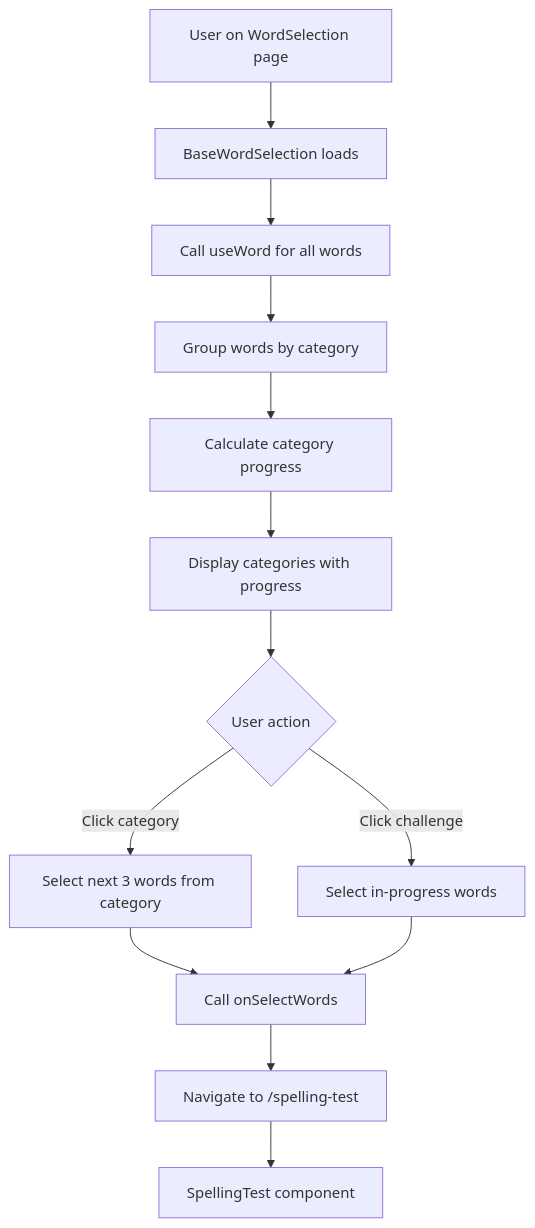
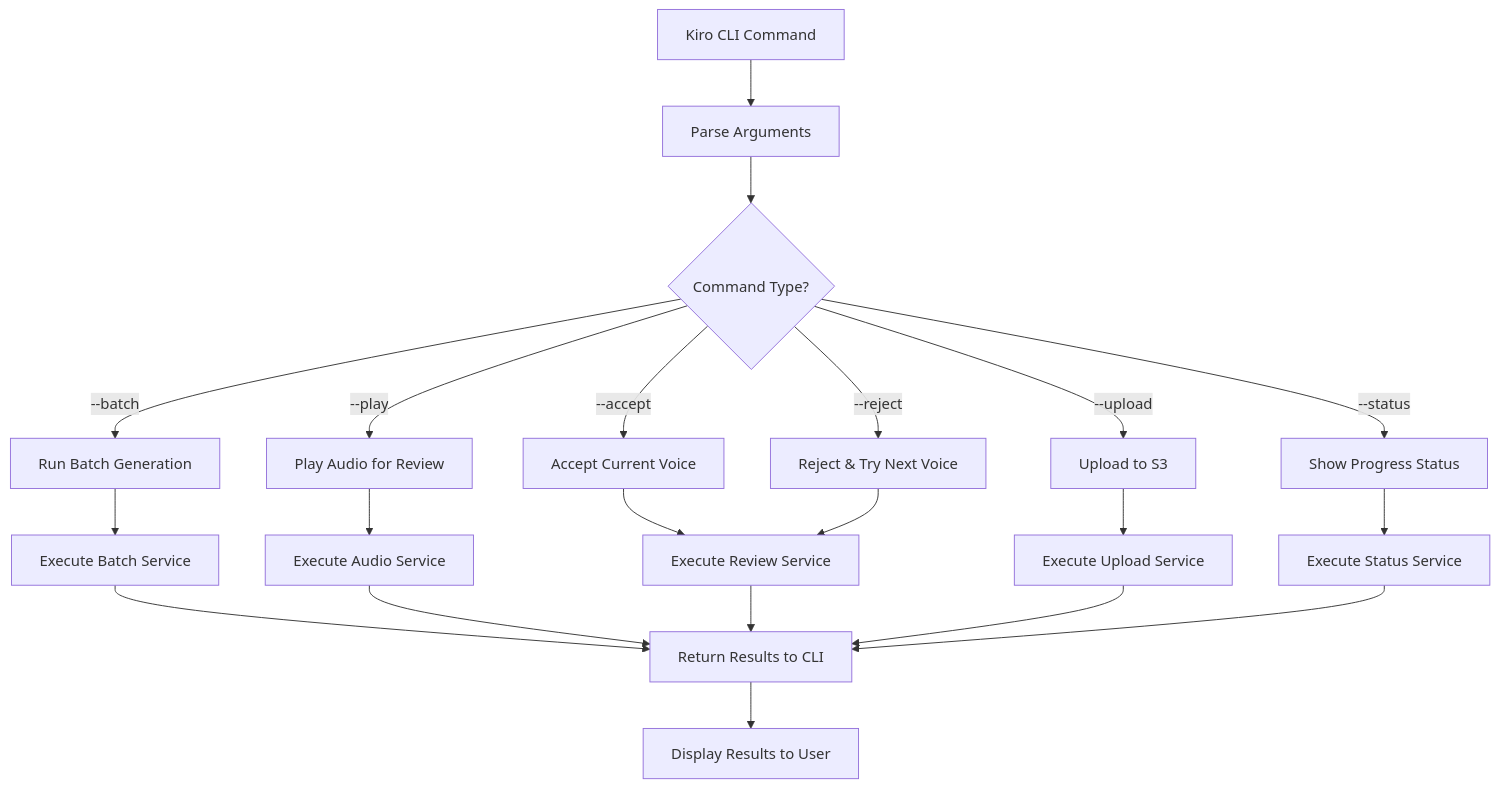
Before and after one commit to getOffIt/spellingWebsite: diagram 12 of 15 in .sop/summary/workflows.md, drawn with Mermaid. The commit also changed other lines of this file and 17 other files, not shown here.

````diff
--- a/.sop/summary/workflows.md
+++ b/.sop/summary/workflows.md
@@ -144,15 +276,23 @@
 ```mermaid
 flowchart TD
-    A[User on WordSelection page] --> B[BaseWordSelection loads]
-    B --> C[Call useWord for all words]
-    C --> D[Group words by category]
-    D --> E[Calculate category progress]
-    E --> F[Display categories with progress]
-    F --> G{User action}
-    G -->|Click category| H[Select next 3 words from category]
-    G -->|Click challenge| I[Select in-progress words]
-    H --> J[Call onSelectWords]
-    I --> J
-    J --> K[Navigate to /spelling-test]
-    K --> L[SpellingTest component]
+    A[Kiro CLI Command] --> B[Parse Arguments]
+    B --> C{Command Type?}
+    C -->|--batch| D[Run Batch Generation]
+    C -->|--play| E[Play Audio for Review]
+    C -->|--accept| F[Accept Current Voice]
+    C -->|--reject| G[Reject & Try Next Voice]
+    C -->|--upload| H[Upload to S3]
+    C -->|--status| I[Show Progress Status]
+    D --> J[Execute Batch Service]
+    E --> K[Execute Audio Service]
+    F --> L[Execute Review Service]
+    G --> L
+    H --> M[Execute Upload Service]
+    I --> N[Execute Status Service]
+    J --> O[Return Results to CLI]
+    K --> O
+    L --> O
+    M --> O
+    N --> O
+    O --> P[Display Results to User]
 ```
````
